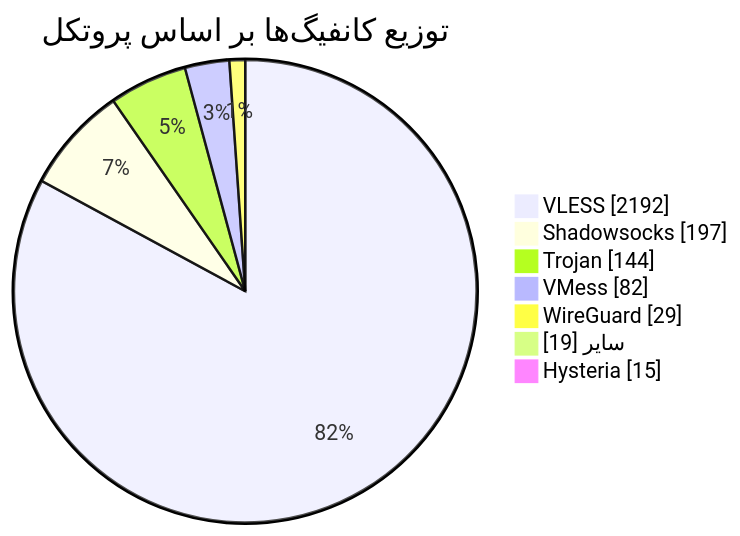
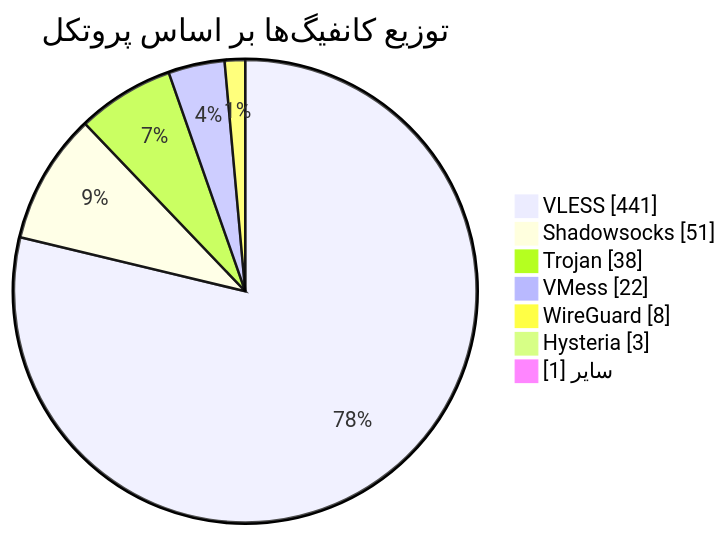
Before and after one commit to Arian-Alijani/Somthing: the diagram in README.md, drawn with Mermaid. The commit also changed other lines of this file and 139 other files, not shown here.

````diff
--- a/README.md
+++ b/README.md
@@ -49,11 +49,11 @@
 ```mermaid
 pie showData
     title توزیع کانفیگ‌ها بر اساس پروتکل
-    "VLESS" : 2192
-    "Shadowsocks" : 197
-    "Trojan" : 144
-    "VMess" : 82
-    "WireGuard" : 29
-    "سایر" : 19
-    "Hysteria" : 15
+    "VLESS" : 441
+    "Shadowsocks" : 51
+    "Trojan" : 38
+    "VMess" : 22
+    "WireGuard" : 8
+    "Hysteria" : 3
+    "سایر" : 1
 ```
````
